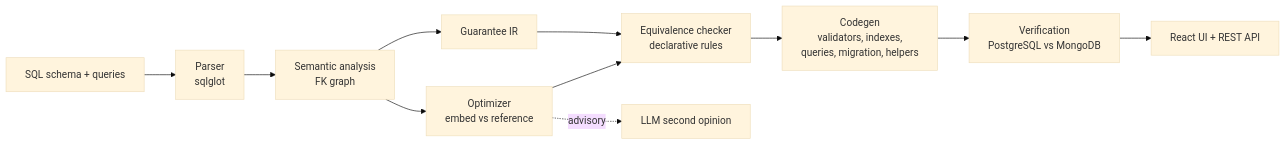
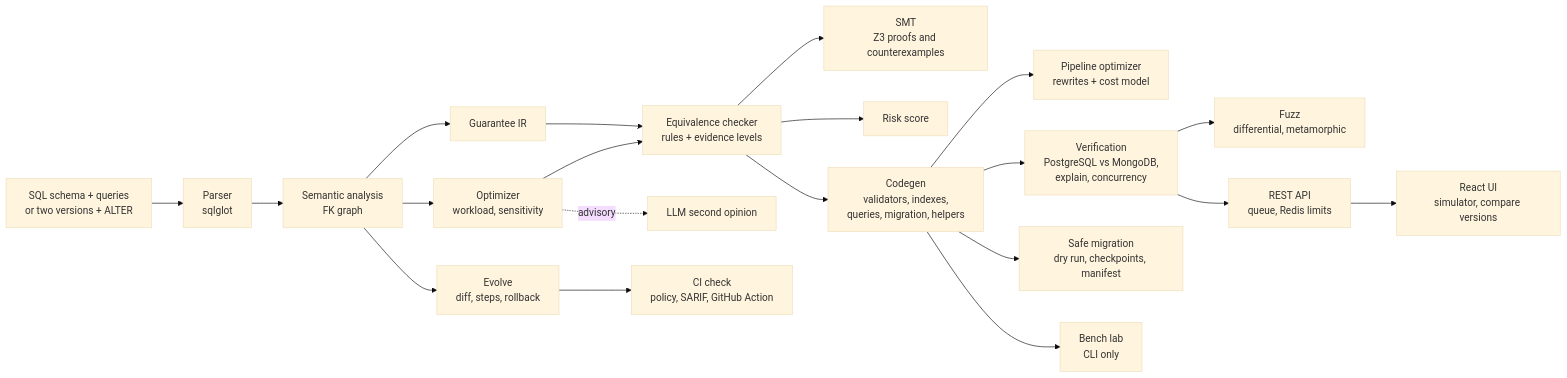
The diagram in README.md (aryannn229/SchemaShift), drawn with Mermaid (base theme) before and after one commit. The commit also changed other lines of this file and 10 other files, not shown here.

Commit message:
feat(evaluation): schemashift evaluate --all reproduces every reported number; README, About and EVALUATION updated

````diff
--- a/README.md
+++ b/README.md
@@ -18,13 +18,22 @@
 ```mermaid
 flowchart LR
-  SQL[SQL schema + queries] --> P[Parser<br/>sqlglot]
+  SQL[SQL schema + queries<br/>or two versions + ALTER] --> P[Parser<br/>sqlglot]
   P --> S[Semantic analysis<br/>FK graph]
   S --> IR[Guarantee IR]
-  IR --> E[Equivalence checker<br/>declarative rules]
-  S --> O[Optimizer<br/>embed vs reference]
+  IR --> E[Equivalence checker<br/>rules + evidence levels]
+  E --> Z[SMT<br/>Z3 proofs and counterexamples]
+  S --> O[Optimizer<br/>workload, sensitivity]
   O --> E
   O -. advisory .-> AI[LLM second opinion]
+  E --> R[Risk score]
   E --> C[Codegen<br/>validators, indexes,<br/>queries, migration, helpers]
-  C --> V[Verification<br/>PostgreSQL vs MongoDB]
-  V --> UI[React UI + REST API]
+  C --> PO[Pipeline optimizer<br/>rewrites + cost model]
+  S --> EV[Evolve<br/>diff, steps, rollback]
+  C --> V[Verification<br/>PostgreSQL vs MongoDB,<br/>explain, concurrency]
+  V --> F[Fuzz<br/>differential, metamorphic]
+  C --> M[Safe migration<br/>dry run, checkpoints, manifest]
+  C --> B[Bench lab<br/>CLI only]
+  V --> API[REST API<br/>queue, Redis limits]
+  API --> UI[React UI<br/>simulator, compare versions]
+  EV --> CI[CI check<br/>policy, SARIF, GitHub Action]
 ```
````
